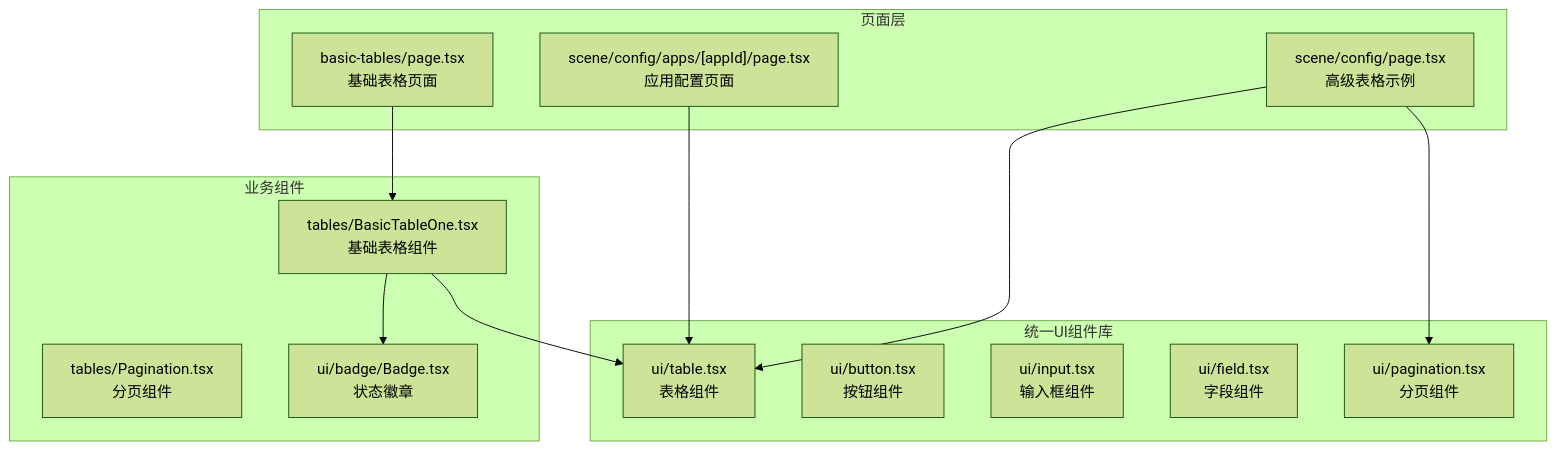
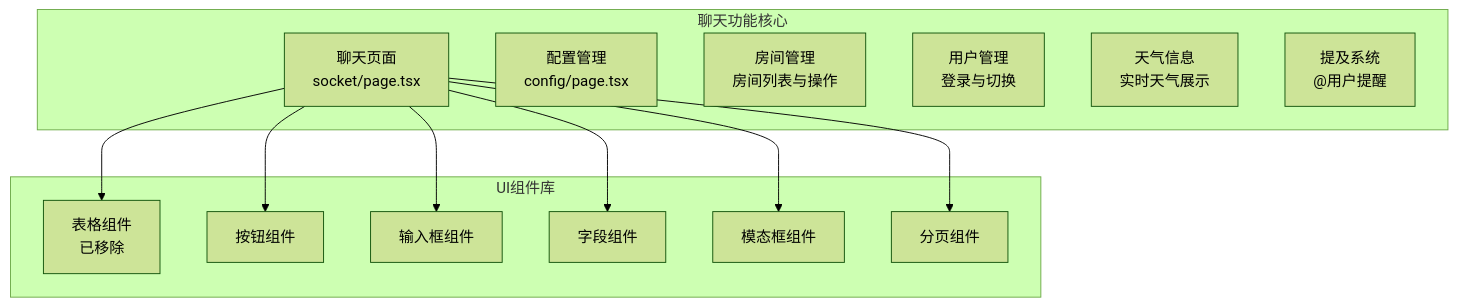
The first of 2 diagrams in .qoder/repowiki/zh/content/页面路由系统/页面类型组织结构/表格页面.md (HAOFUYANG/nextjs-admin), drawn with Mermaid (forest theme) before and after one commit. The commit also changed other lines of this file and 36 other files, not shown here.

````diff
--- a/.qoder/repowiki/zh/content/页面路由系统/页面类型组织结构/表格页面.md
+++ b/.qoder/repowiki/zh/content/页面路由系统/页面类型组织结构/表格页面.md
@@ -55,26 +39,25 @@
 ```mermaid
 graph TB
-subgraph "页面层"
-P1["basic-tables/page.tsx<br/>基础表格页面"]
-P2["scene/config/page.tsx<br/>高级表格示例"]
-P3["scene/config/apps/[appId]/page.tsx<br/>应用配置页面"]
+subgraph "聊天功能核心"
+Chat["聊天页面<br/>socket/page.tsx"]
+Config["配置管理<br/>config/page.tsx"]
+Rooms["房间管理<br/>房间列表与操作"]
+Users["用户管理<br/>登录与切换"]
+Weather["天气信息<br/>实时天气展示"]
+Mentions["提及系统<br/>@用户提醒"]
 end
-subgraph "统一UI组件库"
-U1["ui/table.tsx<br/>表格组件"]
-U2["ui/button.tsx<br/>按钮组件"]
-U3["ui/input.tsx<br/>输入框组件"]
-U4["ui/field.tsx<br/>字段组件"]
-U5["ui/pagination.tsx<br/>分页组件"]
+subgraph "UI组件库"
+Table["表格组件<br/>已移除"]
+Button["按钮组件"]
+Input["输入框组件"]
+Field["字段组件"]
+Modal["模态框组件"]
+Pagination["分页组件"]
 end
-subgraph "业务组件"
-B1["tables/BasicTableOne.tsx<br/>基础表格组件"]
-B2["tables/Pagination.tsx<br/>分页组件"]
-D1["ui/badge/Badge.tsx<br/>状态徽章"]
-end
-P1 --> B1
-P2 --> U1
-P2 --> U5
-P3 --> U1
-B1 --> U1
-B1 --> D1
+Chat --> Table
+Chat --> Button
+Chat --> Input
+Chat --> Field
+Chat --> Modal
+Chat --> Pagination
 ```
````
